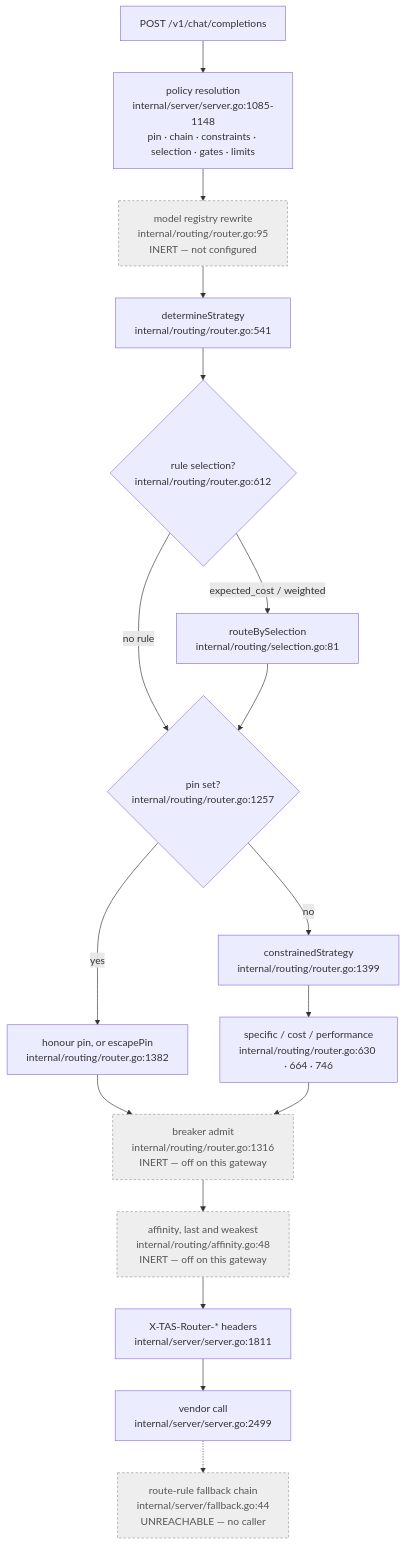
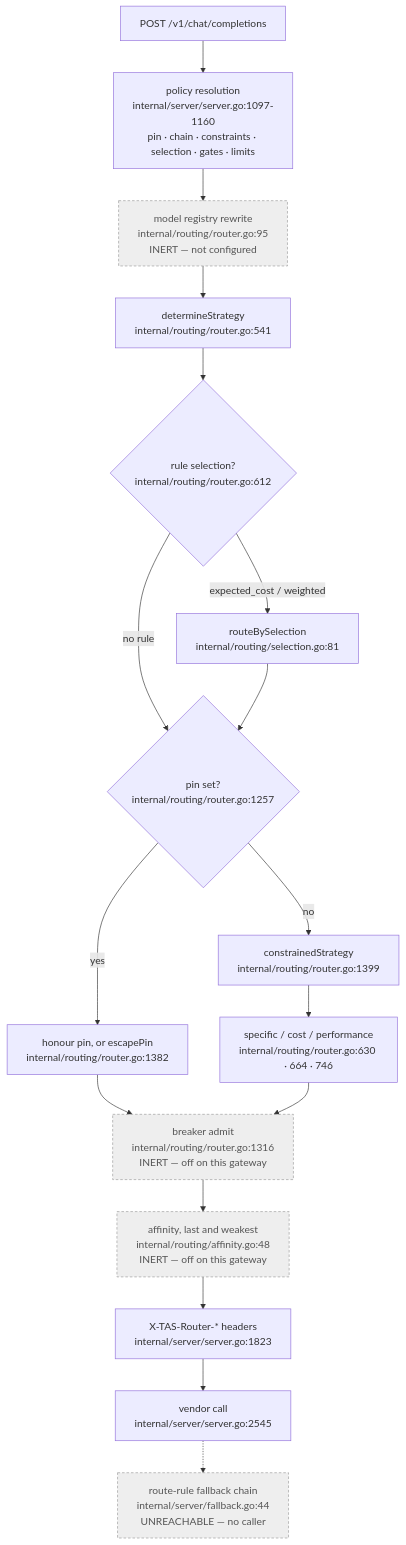
One commit to Tributary-ai-services/tas-llm-router changed the diagram in docs/concept/routing.md. Above: the diagram before and after it, drawn with Mermaid. The commit also changed other lines of this file and 3 other files, not shown here.

````diff
--- a/docs/concept/routing.md
+++ b/docs/concept/routing.md
@@ -262,21 +300,21 @@
 ```mermaid
 flowchart TD
-  A["POST /v1/chat/completions"] --> B["policy resolution<br/>internal/server/server.go:1085-1148<br/>pin · chain · constraints · selection · gates · limits"]
+  A["POST /v1/chat/completions"] --> B["policy resolution<br/>internal/server/server.go:1097-1160<br/>pin · chain · constraints · selection · gates · limits"]
   B --> R["model registry rewrite<br/>internal/routing/router.go:95<br/>INERT — not configured"]
   R --> C["determineStrategy<br/>internal/routing/router.go:541"]
   C --> D{"rule selection?<br/>internal/routing/router.go:612"}
   D -- "expected_cost / weighted" --> E["routeBySelection<br/>internal/routing/selection.go:81"]
   D -- "no rule" --> F{"pin set?<br/>internal/routing/router.go:1257"}
   E --> F
   F -- yes --> G["honour pin, or escapePin<br/>internal/routing/router.go:1382"]
   F -- no --> H["constrainedStrategy<br/>internal/routing/router.go:1399"]
   H --> I["specific / cost / performance<br/>internal/routing/router.go:630 · 664 · 746"]
   G --> J["breaker admit<br/>internal/routing/router.go:1316<br/>INERT — off on this gateway"]
   I --> J
   J --> K["affinity, last and weakest<br/>internal/routing/affinity.go:48<br/>INERT — off on this gateway"]
-  K --> L["X-TAS-Router-* headers<br/>internal/server/server.go:1811"]
-  L --> M["vendor call<br/>internal/server/server.go:2499"]
+  K --> L["X-TAS-Router-* headers<br/>internal/server/server.go:1823"]
+  L --> M["vendor call<br/>internal/server/server.go:2545"]
   M -.-> N["route-rule fallback chain<br/>internal/server/fallback.go:44<br/>UNREACHABLE — no caller"]
   classDef inert fill:#eee,stroke:#999,stroke-dasharray:4 3,color:#555
   class R,J,K,N inert
 ```
````
